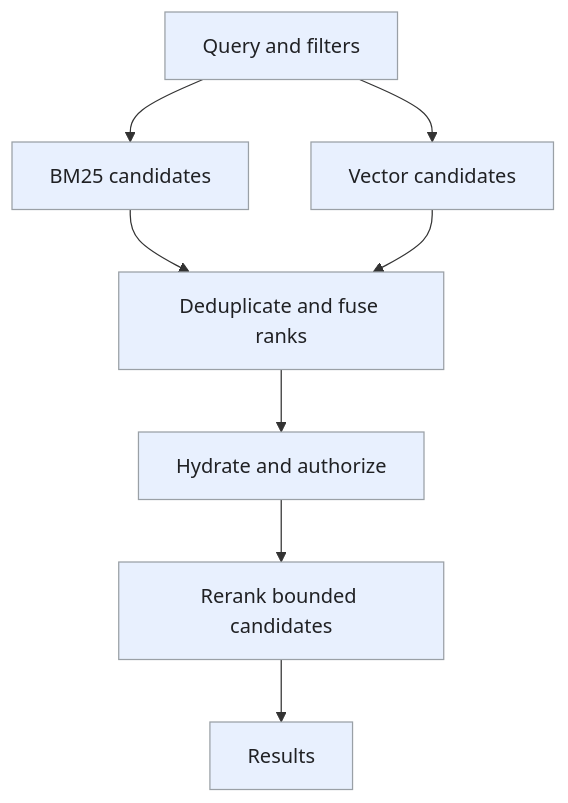
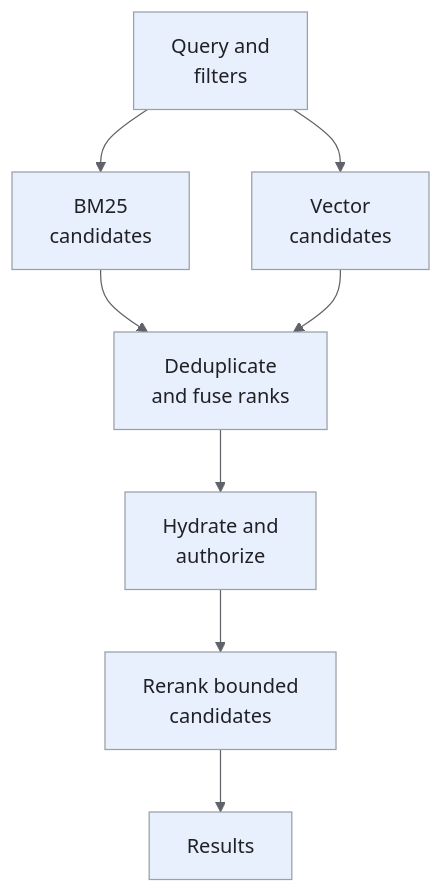
The fourth of 4 diagrams in _designs/system-design-post-search.md (iliazlobin/iliazlobin.github.io), drawn with Mermaid before and after one commit. The commit also changed other lines of this file and 116 other files, not shown here.

````diff
--- a/_designs/system-design-post-search.md
+++ b/_designs/system-design-post-search.md
@@ -240,14 +275,15 @@
 ```mermaid
+%%{init: {"theme":"base","themeVariables":{"primaryColor":"#e8f0fe","primaryBorderColor":"#9aa0a6","primaryTextColor":"#202124","secondaryColor":"#e6f4ea","tertiaryColor":"#fef7e0","lineColor":"#5f6368","actorBkg":"#e8f0fe","actorBorder":"#9aa0a6","actorTextColor":"#202124","noteBkgColor":"#fef7e0","noteBorderColor":"#9aa0a6","noteTextColor":"#202124","signalColor":"#5f6368","signalTextColor":"#202124"}}}%%
 flowchart TB
-  Q["Query and filters"] --> L["BM25 candidates"]
-  Q --> V["Vector candidates"]
-  L --> F["Deduplicate and fuse ranks"]
+  Q["Query and<br>filters"] --> L["BM25<br>candidates"]
+  Q --> V["Vector<br>candidates"]
+  L --> F["Deduplicate<br>and fuse ranks"]
   V --> F
-  F --> A["Hydrate and authorize"]
-  A --> R["Rerank bounded candidates"]
+  F --> A["Hydrate and<br>authorize"]
+  A --> R["Rerank bounded<br>candidates"]
   R --> O["Results"]
   classDef request fill:#e8f0fe,stroke:#9aa0a6,color:#202124,stroke-width:1px
   classDef background fill:#e6f4ea,stroke:#9aa0a6,color:#202124,stroke-width:1px
   classDef control fill:#fef7e0,stroke:#9aa0a6,color:#202124,stroke-width:1px
   class Q,L,V,F,A,R,O request
 ```
````
